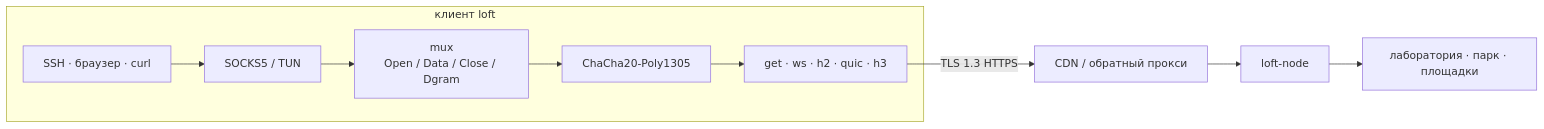
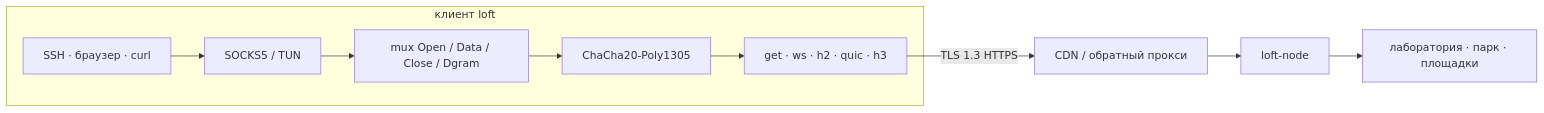
Before and after one commit to a3app/loft: the diagram in README_ru.md, drawn with Mermaid. The commit also changed 5 other files, not shown here.

First line of the commit message:
docs: mermaid labels without HTML so GitHub can render

````diff
--- a/README_ru.md
+++ b/README_ru.md
@@ -60,11 +60,12 @@
 ```mermaid
 flowchart LR
     subgraph Client["клиент loft"]
         App["SSH · браузер · curl"] --> In["SOCKS5 / TUN"]
-        In --> Mux["mux<br/>Open / Data / Close / Dgram"]
+        In --> Mux["mux Open / Data / Close / Dgram"]
         Mux --> Seal["ChaCha20-Poly1305"]
         Seal --> Front["get · ws · h2 · quic · h3"]
     end
-    Front -- "TLS 1.3 HTTPS" --> Edge["CDN / обратный прокси"] --> Node["loft-node"]
+    Front -->|"TLS 1.3 HTTPS"| Edge["CDN / обратный прокси"]
+    Edge --> Node["loft-node"]
     Node --> Dest["лаборатория · парк · площадки"]
 ```
````
